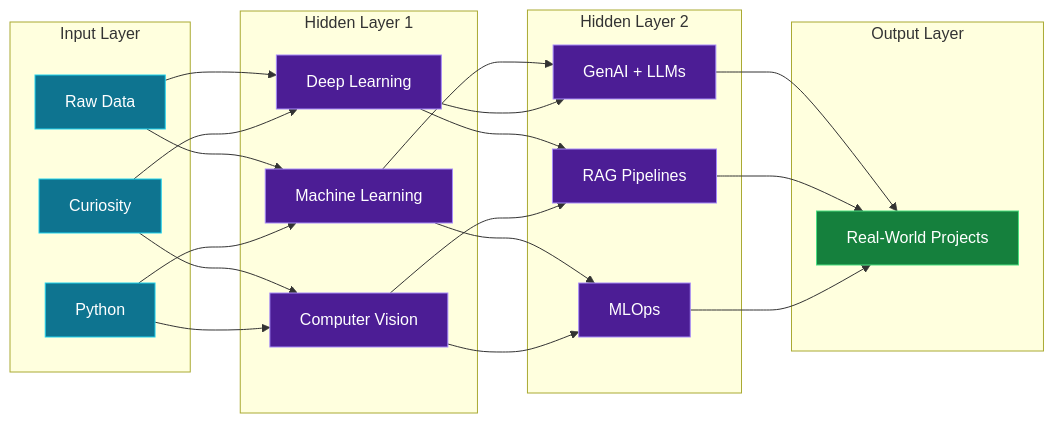
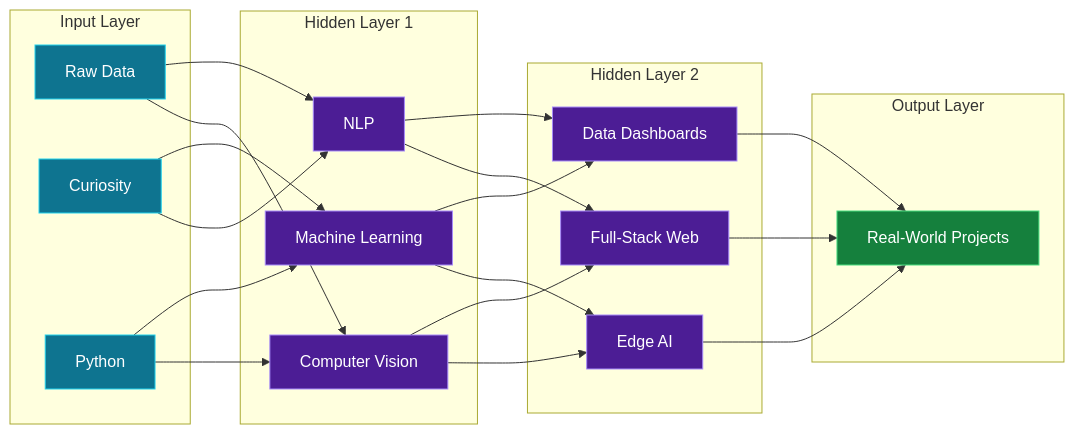
The diagram in README.md (Subhankarnandi777/Subhankarnandi777), drawn with Mermaid before and after one commit. The commit also changed other lines of this file, not shown here.

````diff
--- a/README.md
+++ b/README.md
@@ -39,36 +45,36 @@
 ```mermaid
 flowchart LR
     subgraph IN[Input Layer]
         I1[Raw Data]
         I2[Curiosity]
         I3[Python]
     end
     subgraph H1[Hidden Layer 1]
-        A1[Machine Learning]
-        A2[Deep Learning]
-        A3[Computer Vision]
+        A1[Computer Vision]
+        A2[NLP]
+        A3[Machine Learning]
     end
     subgraph H2[Hidden Layer 2]
-        B1[GenAI + LLMs]
-        B2[RAG Pipelines]
-        B3[MLOps]
+        B1[Edge AI]
+        B2[Full-Stack Web]
+        B3[Data Dashboards]
     end
     subgraph OUT[Output Layer]
         O1[Real-World Projects]
     end
     I1 --> A1 & A2
     I2 --> A2 & A3
     I3 --> A1 & A3
-    A1 --> B1 & B3
-    A2 --> B1 & B2
-    A3 --> B2 & B3
+    A1 --> B1 & B2
+    A2 --> B2 & B3
+    A3 --> B1 & B3
     B1 --> O1
     B2 --> O1
     B3 --> O1
     classDef input fill:#0e7490,stroke:#22d3ee,color:#fff
     classDef hidden fill:#4c1d95,stroke:#a78bfa,color:#fff
     classDef output fill:#15803d,stroke:#4ade80,color:#fff
     class I1,I2,I3 input
     class A1,A2,A3,B1,B2,B3 hidden
     class O1 output
 ```
````
